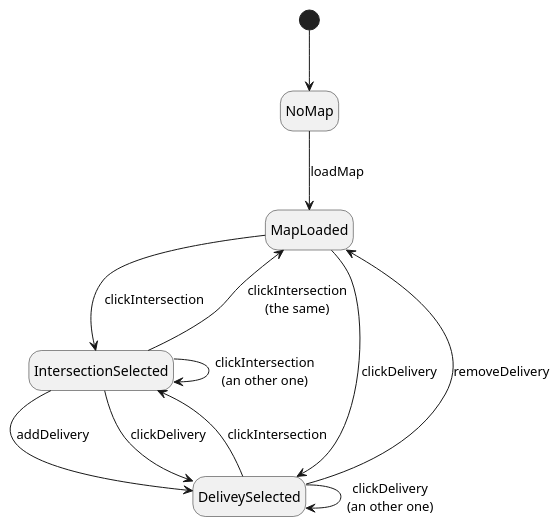
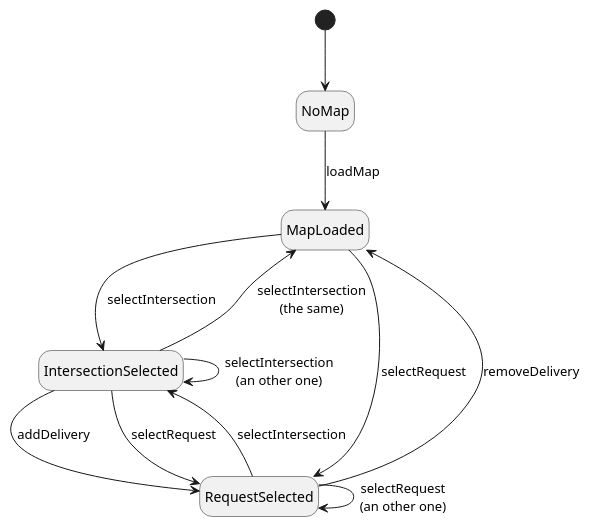
One commit to Lysquid/RoutePlanner changed the diagram in files/uml/states.puml. Above: the diagram before and after it, drawn with PlantUML.

Commit message:
rename state diag names

```diff
--- a/files/uml/states.puml
+++ b/files/uml/states.puml
@@ -1,20 +1,20 @@
 @startuml
 
 hide empty description
 [*] --> NoMap
 
 NoMap --> MapLoaded : loadMap
 
-MapLoaded --> IntersectionSelected : clickIntersection
-MapLoaded --> DeliveySelected : clickDelivery
+MapLoaded --> IntersectionSelected : selectIntersection
+MapLoaded --> RequestSelected : selectRequest
 
-IntersectionSelected --> MapLoaded : clickIntersection\n(the same)
-IntersectionSelected --> DeliveySelected : addDelivery
-IntersectionSelected --> DeliveySelected : clickDelivery
-IntersectionSelected --> IntersectionSelected : clickIntersection\n(an other one)
+IntersectionSelected --> MapLoaded : selectIntersection\n(the same)
+IntersectionSelected --> RequestSelected : addDelivery
+IntersectionSelected --> RequestSelected : selectRequest
+IntersectionSelected --> IntersectionSelected : selectIntersection\n(an other one)
 
-DeliveySelected --> IntersectionSelected : clickIntersection
-DeliveySelected --> MapLoaded : removeDelivery
-DeliveySelected --> DeliveySelected : clickDelivery\n(an other one)
+RequestSelected --> IntersectionSelected : selectIntersection
+RequestSelected --> MapLoaded : removeDelivery
+RequestSelected --> RequestSelected : selectRequest\n(an other one)
 
 @enduml
```
